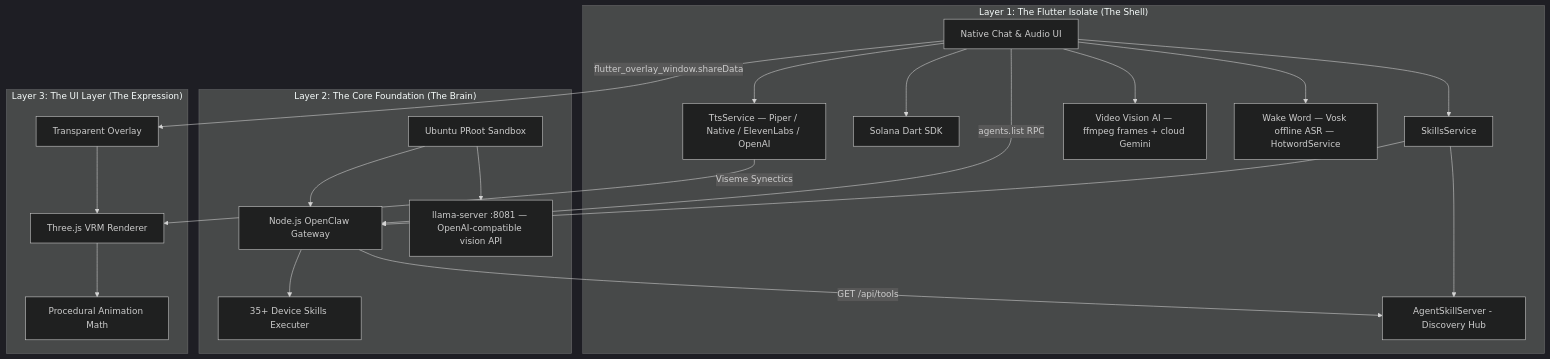
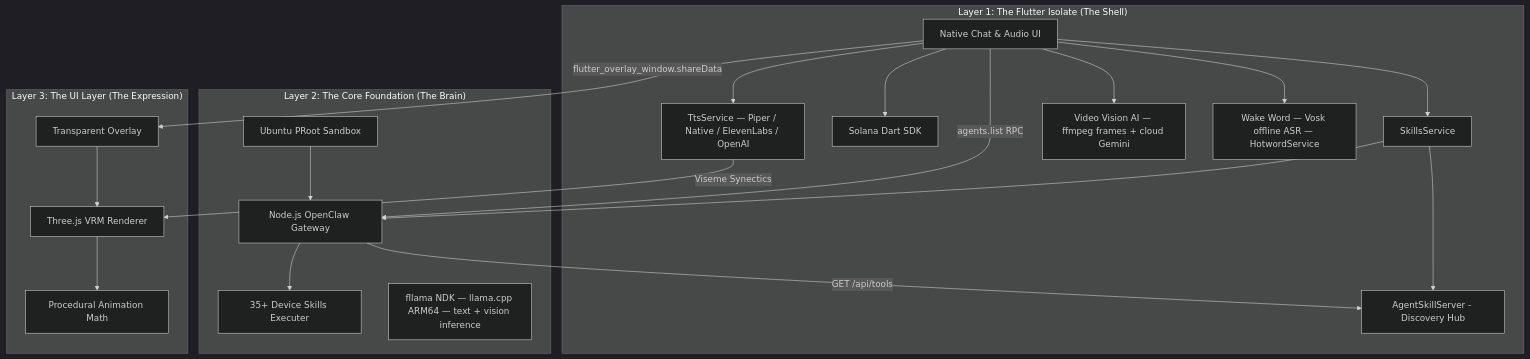
One commit to vmbbz/plawie changed the diagram in README.md. Above: the diagram before and after it, drawn with Mermaid (dark theme). The commit also changed other lines of this file and 3 other files, not shown here.

First line of the commit message:
docs: sync README, CONTRIBUTING, ARCHITECTURE_LOCAL_LLM with real state

````diff
--- a/README.md
+++ b/README.md
@@ -184,28 +186,28 @@
 ```mermaid
 graph TD
     subgraph "Layer 1: The Flutter Isolate (The Shell)"
         A[Native Chat & Audio UI] --> B[SkillsService]
         A --> C[Solana Dart SDK]
         A --> D[TtsService — Piper / Native / ElevenLabs / OpenAI]
         A --> V[Video Vision AI — ffmpeg frames + cloud Gemini]
         A --> W[Wake Word — Vosk offline ASR — HotwordService]
         B --> K[AgentSkillServer - Discovery Hub]
     end
 
     subgraph "Layer 2: The Core Foundation (The Brain)"
         E[Ubuntu PRoot Sandbox] --> F[Node.js OpenClaw Gateway]
         B --> F
         F --> G[35+ Device Skills Executer]
         F -- "GET /api/tools" --> K
-        E --> L[llama-server :8081 — OpenAI-compatible vision API]
+        L[fllama NDK — llama.cpp ARM64 — text + vision inference]
     end
 
     subgraph "Layer 3: The UI Layer (The Expression)"
         H[Transparent Overlay] --> I[Three.js VRM Renderer]
         I --> J[Procedural Animation Math]
     end
 
     A -- "flutter_overlay_window.shareData" --> H
     D -- "Viseme Synectics" --> I
     A -- "agents.list RPC" --> F
 ```
````
